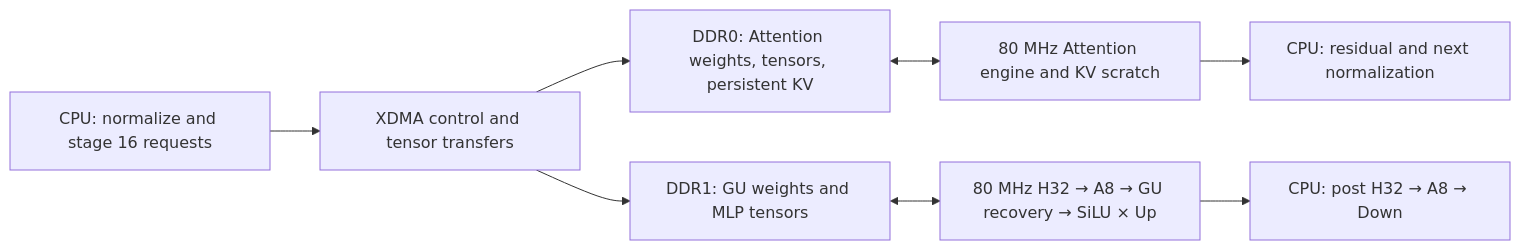
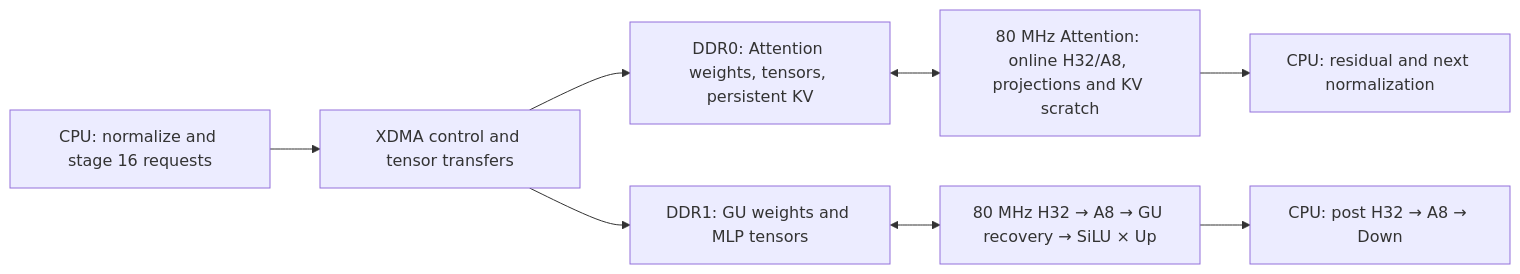
One commit to zwj276765037-lab/ScaleLLM changed the diagram in docs/HARDWARE_ARCHITECTURE.md. Above: the diagram before and after it, drawn with Mermaid. The commit also changed other lines of this file and 3 other files, not shown here.

Commit message:
Document online Hadamard in both Attention projection paths

````diff
--- a/docs/HARDWARE_ARCHITECTURE.md
+++ b/docs/HARDWARE_ARCHITECTURE.md
@@ -57,10 +65,10 @@
 ```mermaid
 flowchart LR
     H[CPU: normalize and stage 16 requests] --> X[XDMA control and tensor transfers]
     X --> D0[DDR0: Attention weights, tensors, persistent KV]
     X --> D1[DDR1: GU weights and MLP tensors]
-    D0 <--> A[80 MHz Attention engine and KV scratch]
+    D0 <--> A[80 MHz Attention: online H32/A8, projections and KV scratch]
     D1 <--> M[80 MHz H32 → A8 → GU recovery → SiLU × Up]
     A --> R[CPU: residual and next normalization]
     M --> P[CPU: post H32 → A8 → Down]
 ```
````
